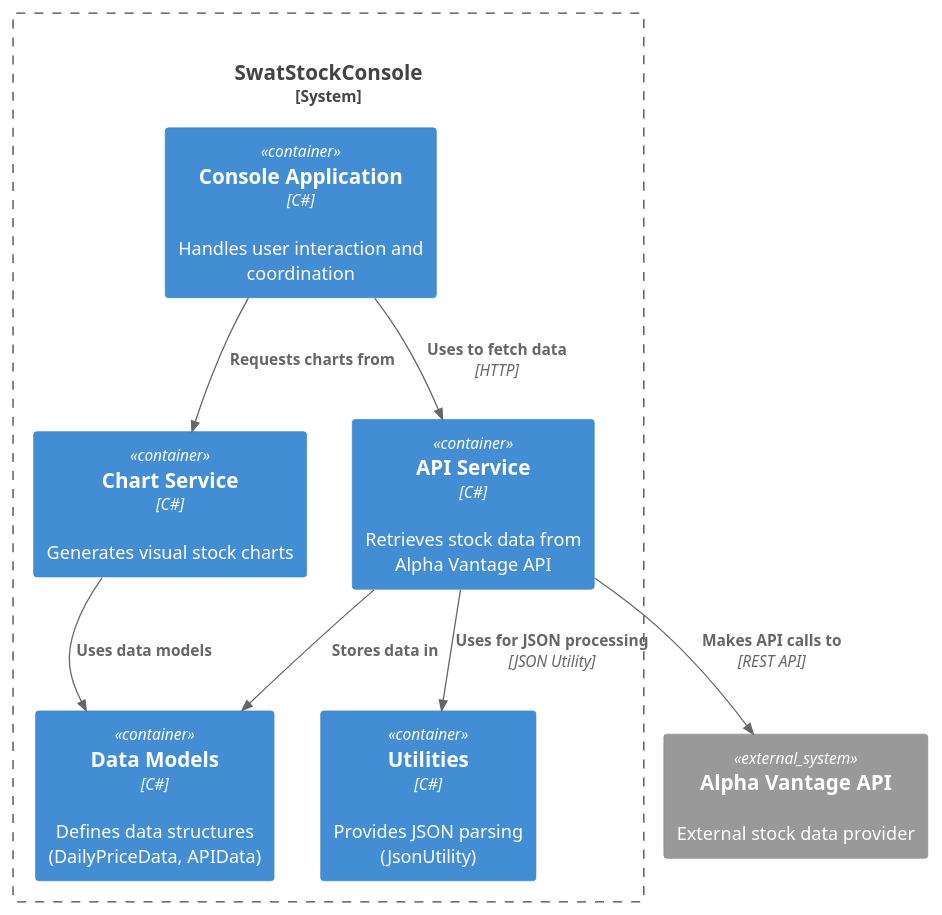
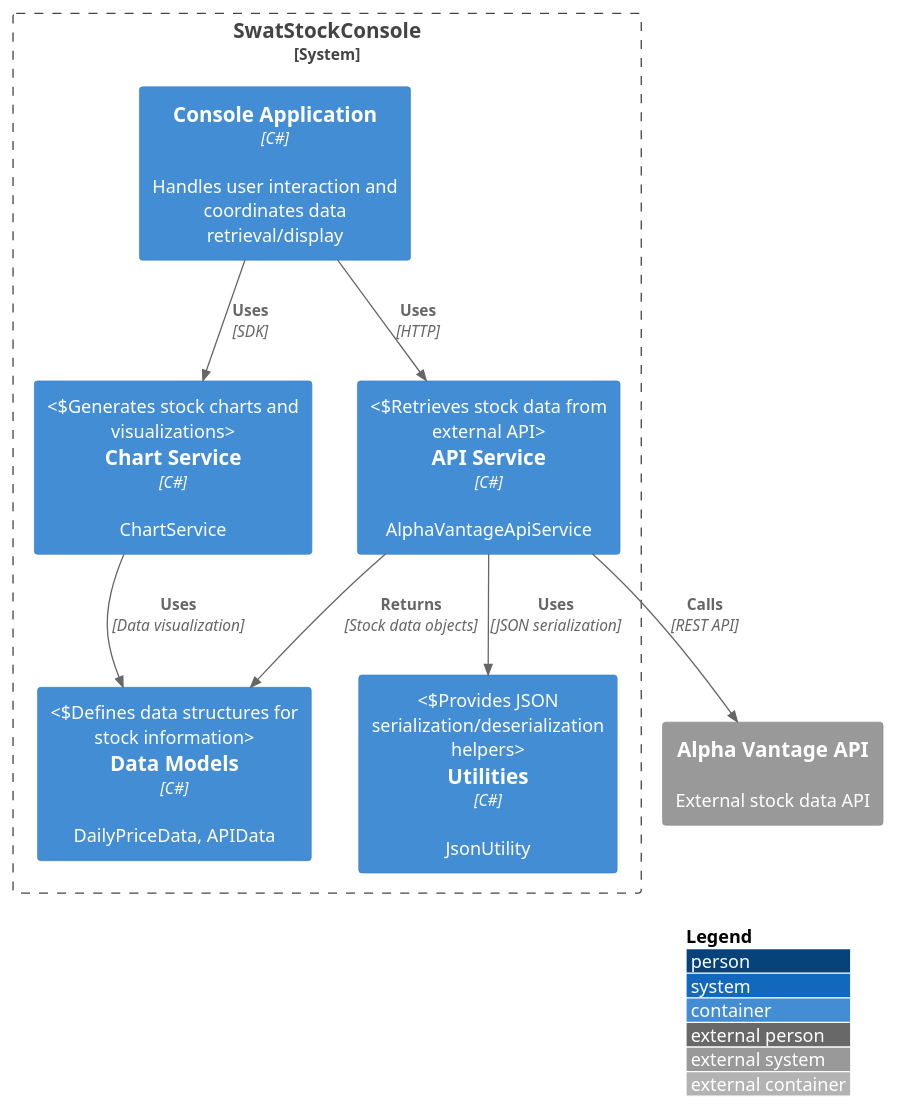
One commit to ostaubzug/SwatStockConsole changed the diagram in docs/c4/diagrams/c4_container.puml. Above: the diagram before and after it, drawn with PlantUML. The commit also changed 6 other files, not shown here.

```diff
--- a/docs/c4/diagrams/c4_container.puml
+++ b/docs/c4/diagrams/c4_container.puml
@@ -1,22 +1,24 @@
 @startuml
 !include https://raw.githubusercontent.com/plantuml-stdlib/C4-PlantUML/master/C4_Container.puml
 !include https://raw.githubusercontent.com/plantuml-stdlib/C4-PlantUML/master/C4_Component.puml
 !include https://raw.githubusercontent.com/plantuml-stdlib/C4-PlantUML/master/C4_Container.puml
 
-System_Boundary(swat, "SwatStockConsole") {
-    Container(console, "Console Application", "C#", "Handles user interaction and coordination")
-    Container(api, "API Service", "C#", "Retrieves stock data from Alpha Vantage API")
-    Container(chart, "Chart Service", "C#", "Generates visual stock charts")
-    Container(models, "Data Models", "C#", "Defines data structures (DailyPriceData, APIData)")
-    Container(utils, "Utilities", "C#", "Provides JSON parsing (JsonUtility)")
+LAYOUT_WITH_LEGEND()
+
+System_Boundary(c1, "SwatStockConsole") {
+    Container(console, "Console Application", "C#", "Handles user interaction and coordinates data retrieval/display")    
+    Container(api, "API Service", "C#", "AlphaVantageApiService", "Retrieves stock data from external API")
+    Container(chart, "Chart Service", "C#", "ChartService", "Generates stock charts and visualizations")
+    Container(models, "Data Models", "C#", "DailyPriceData, APIData", "Defines data structures for stock information")
+    Container(utils, "Utilities", "C#", "JsonUtility", "Provides JSON serialization/deserialization helpers")
 }
 
-System_Ext(alpha, "Alpha Vantage API", "External stock data provider")
+System_Ext(alpha_vantage, "Alpha Vantage API", "External stock data API")
 
-Rel(console, api, "Uses to fetch data", "HTTP")
-Rel(api, alpha, "Makes API calls to", "REST API")
-Rel(api, utils, "Uses for JSON processing", "JSON Utility")
-Rel(console, chart, "Requests charts from", "")
-Rel(chart, models, "Uses data models", "")
-Rel(api, models, "Stores data in", "")
+Rel(console, api, "Uses", "HTTP")
+Rel(console, chart, "Uses", "SDK")
+Rel(api, alpha_vantage, "Calls", "REST API")
+Rel(api, utils, "Uses", "JSON serialization")
+Rel(api, models, "Returns", "Stock data objects")
+Rel(chart, models, "Uses", "Data visualization")
 @enduml
```
